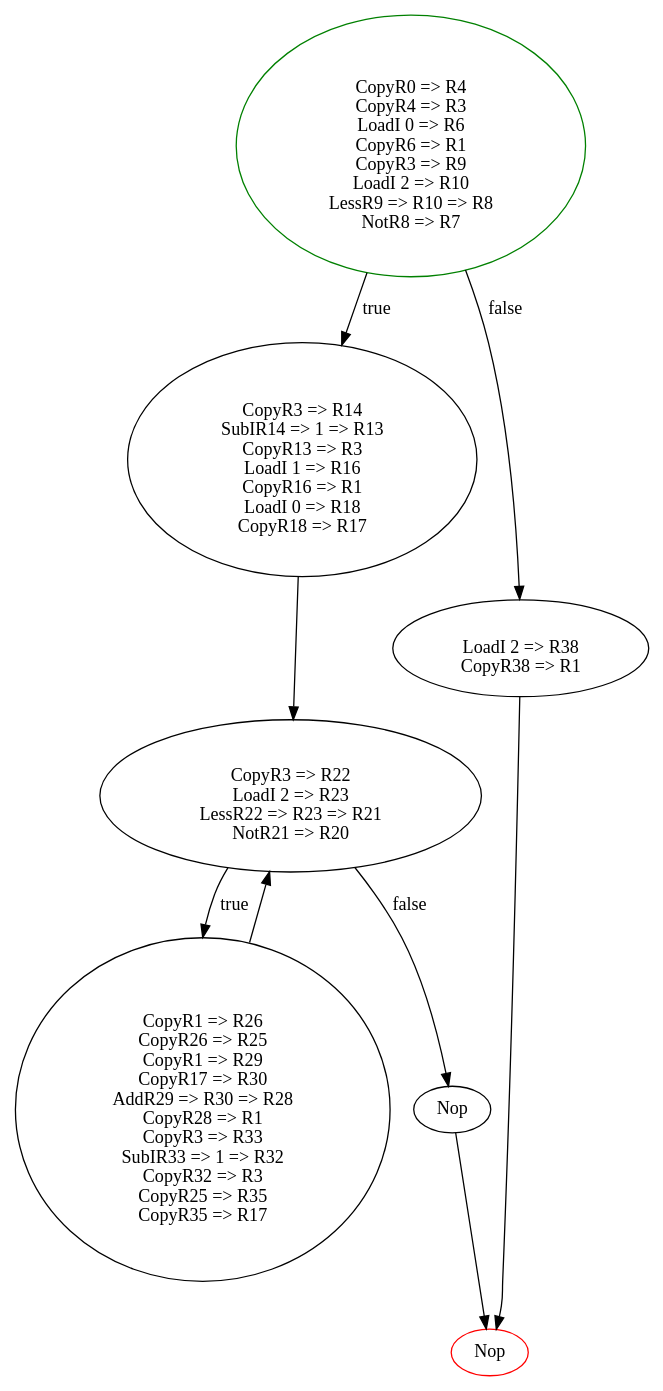
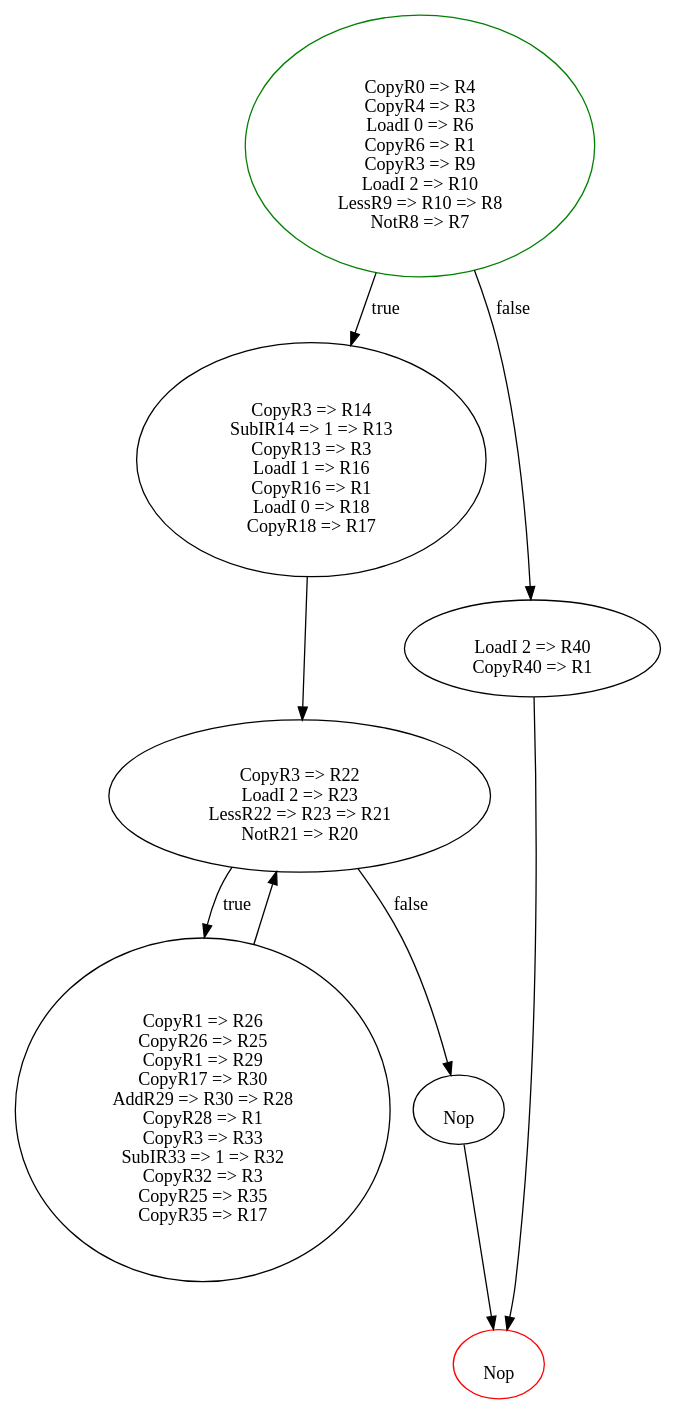
Before and after one commit to wuacs/unipi-lci: the diagram in project/PF5/cfg/dot/fibonacci-minirisc.dot, drawn with Graphviz. The commit also changed 19 other files, not shown here.

```diff
--- a/project/PF5/cfg/dot/fibonacci-minirisc.dot
+++ b/project/PF5/cfg/dot/fibonacci-minirisc.dot
@@ -1,19 +1,19 @@
 digraph G {
   // Entry node
   0 [shape=ellipse, color=green];
   // Exit node
   6 [shape=ellipse, color=red];
   0 [label=" \n CopyR0 => R4 \n CopyR4 => R3 \n LoadI 0 => R6 \n CopyR6 => R1 \n CopyR3 => R9 \n LoadI 2 => R10 \n LessR9 => R10 => R8 \n NotR8 => R7"];
   1 [label=" \n CopyR3 => R14 \n SubIR14 => 1 => R13 \n CopyR13 => R3 \n LoadI 1 => R16 \n CopyR16 => R1 \n LoadI 0 => R18 \n CopyR18 => R17"];
   2 [label=" \n CopyR3 => R22 \n LoadI 2 => R23 \n LessR22 => R23 => R21 \n NotR21 => R20"];
   3 [label=" \n CopyR1 => R26 \n CopyR26 => R25 \n CopyR1 => R29 \n CopyR17 => R30 \n AddR29 => R30 => R28 \n CopyR28 => R1 \n CopyR3 => R33 \n SubIR33 => 1 => R32 \n CopyR32 => R3 \n CopyR25 => R35 \n CopyR35 => R17"];
-  4 [label="Nop"];
-  5 [label=" \n LoadI 2 => R38 \n CopyR38 => R1"];
-  6 [label="Nop"];
+  4 [label=" \n Nop"];
+  5 [label=" \n LoadI 2 => R40 \n CopyR40 => R1"];
+  6 [label=" \n Nop"];
 0 -> 1 [label="true"];
 0 -> 5 [label="false"];1 -> 2;
 2 -> 3 [label="true"];
 2 -> 4 [label="false"];3 -> 2;
 4 -> 6;
 5 -> 6;
 }
```
